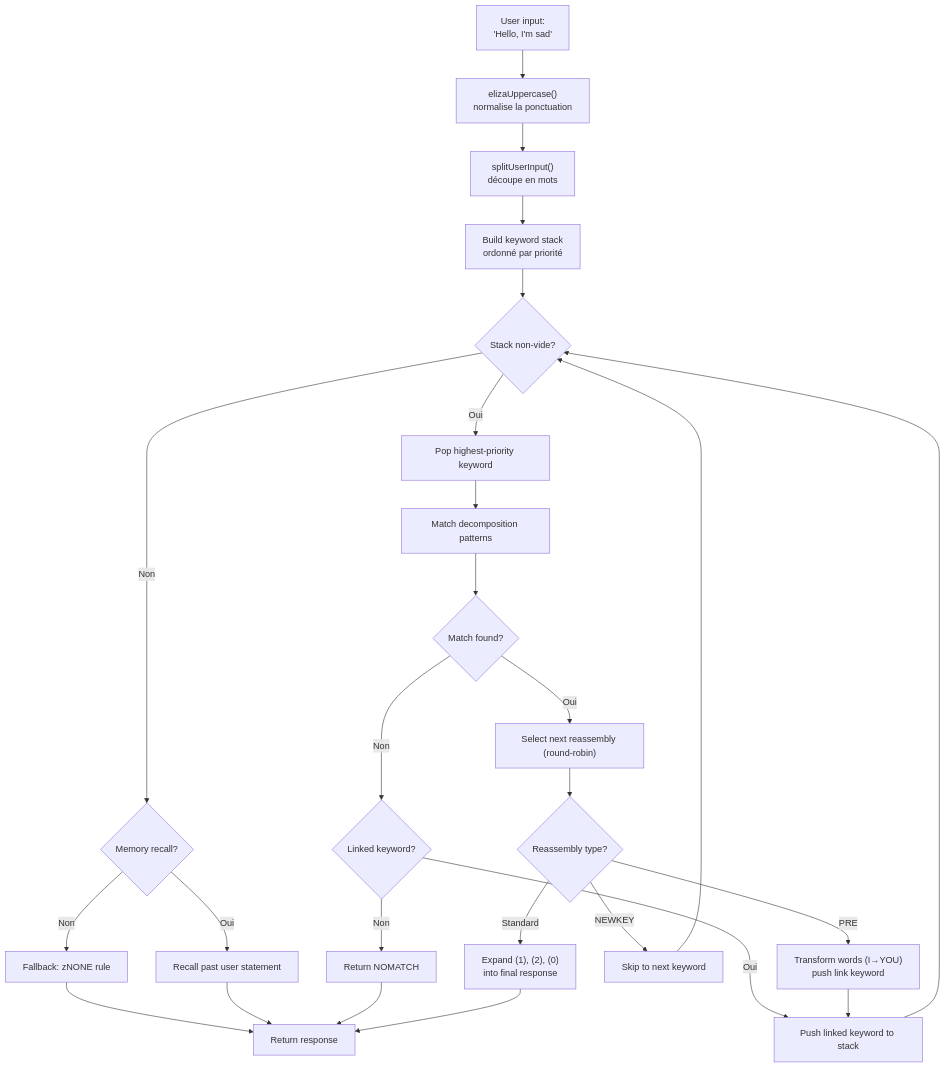
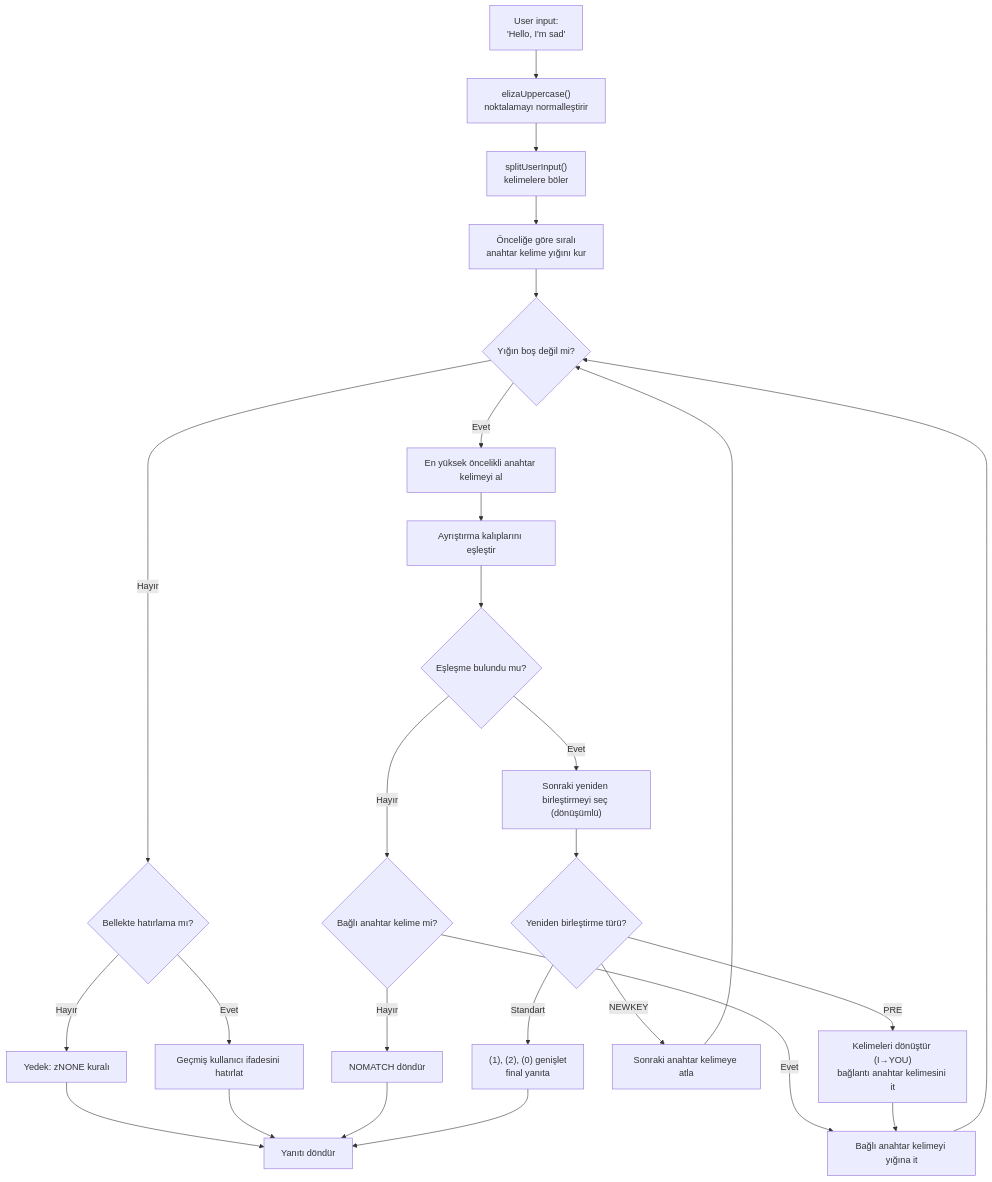
One commit to fox3000foxy/fox3000foxy.github.io changed the first of 2 diagrams in public/articles/tr/from-eliza-to-llm-chatbots-typescript.md. Above: the diagram before and after it, drawn with Mermaid. The commit also changed other lines of this file and 576 other files, not shown here.

````diff
--- a/public/articles/tr/from-eliza-to-llm-chatbots-typescript.md
+++ b/public/articles/tr/from-eliza-to-llm-chatbots-typescript.md
@@ -93,28 +95,28 @@
 ```mermaid
 flowchart TD
-    A["User input:<br>'Hello, I'm sad'"] --> B["elizaUppercase()<br>normalise la ponctuation"]
-    B --> C["splitUserInput()<br>découpe en mots"]
-    C --> D["Build keyword stack<br>ordonné par priorité"]
-    D --> E{"Stack non-vide?"}
-    E -->|"Oui"| F["Pop highest-priority keyword"]
-    E -->|"Non"| G{"Memory recall?"}
-    G -->|"Oui"| H["Recall past user statement"]
-    G -->|"Non"| I["Fallback: zNONE rule"]
-    I --> J["Return response"]
+    A["User input:<br>'Hello, I'm sad'"] --> B["elizaUppercase()<br>noktalamayı normalleştirir"]
+    B --> C["splitUserInput()<br>kelimelere böler"]
+    C --> D["Önceliğe göre sıralı<br>anahtar kelime yığını kur"]
+    D --> E{"Yığın boş değil mi?"}
+    E -->|"Evet"| F["En yüksek öncelikli anahtar kelimeyi al"]
+    E -->|"Hayır"| G{"Bellekte hatırlama mı?"}
+    G -->|"Evet"| H["Geçmiş kullanıcı ifadesini hatırlat"]
+    G -->|"Hayır"| I["Yedek: zNONE kuralı"]
+    I --> J["Yanıtı döndür"]
     H --> J
-    F --> K["Match decomposition patterns"]
-    K --> L{"Match found?"}
-    L -->|"Non"| M{"Linked keyword?"}
-    M -->|"Oui"| N["Push linked keyword to stack"]
+    F --> K["Ayrıştırma kalıplarını eşleştir"]
+    K --> L{"Eşleşme bulundu mu?"}
+    L -->|"Hayır"| M{"Bağlı anahtar kelime mi?"}
+    M -->|"Evet"| N["Bağlı anahtar kelimeyi yığına it"]
     N --> E
-    M -->|"Non"| O["Return NOMATCH"]
+    M -->|"Hayır"| O["NOMATCH döndür"]
     O --> J
-    L -->|"Oui"| P["Select next reassembly (round-robin)"]
-    P --> Q{"Reassembly type?"}
-    Q -->|"PRE"| R["Transform words (I→YOU)<br>push link keyword"]
+    L -->|"Evet"| P["Sonraki yeniden birleştirmeyi seç (dönüşümlü)"]
+    P --> Q{"Yeniden birleştirme türü?"}
+    Q -->|"PRE"| R["Kelimeleri dönüştür (I→YOU)<br>bağlantı anahtar kelimesini it"]
     R --> N
-    Q -->|"NEWKEY"| S["Skip to next keyword"]
+    Q -->|"NEWKEY"| S["Sonraki anahtar kelimeye atla"]
     S --> E
-    Q -->|"Standard"| T["Expand (1), (2), (0)<br>into final response"]
+    Q -->|"Standart"| T["(1), (2), (0) genişlet<br>final yanıta"]
     T --> J
 ```
````
